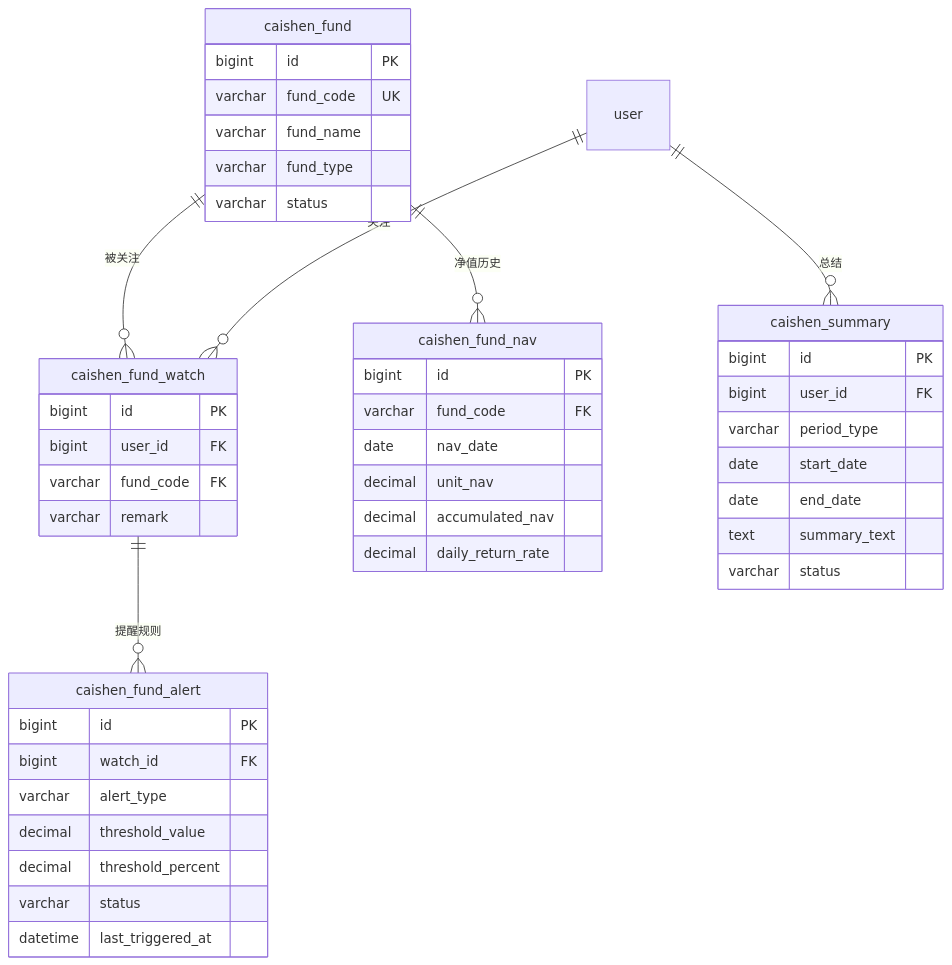
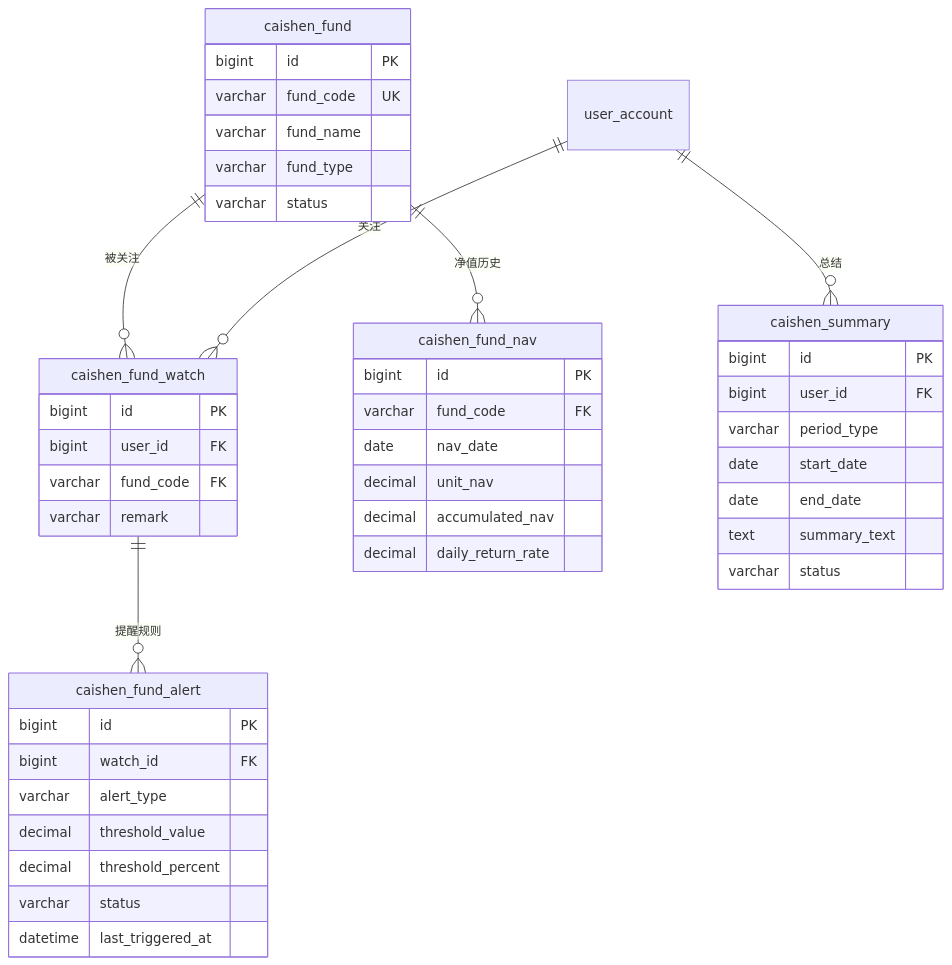
Before and after one commit to slnt23/Constellation: the third of 3 diagrams in .docs/plans/caishen-v1-fund-monitor-plan.md, drawn with Mermaid. The commit also changed other lines of this file and 33 other files, not shown here.

````diff
--- a/.docs/plans/caishen-v1-fund-monitor-plan.md
+++ b/.docs/plans/caishen-v1-fund-monitor-plan.md
@@ -108,48 +108,48 @@
 ```mermaid
 erDiagram
-    user ||--o{ caishen_fund_watch : "关注"
+user_account ||--o{ caishen_fund_watch : "关注"
     caishen_fund ||--o{ caishen_fund_nav : "净值历史"
     caishen_fund ||--o{ caishen_fund_watch : "被关注"
     caishen_fund_watch ||--o{ caishen_fund_alert : "提醒规则"
-    user ||--o{ caishen_summary : "总结"
+user_account ||--o{ caishen_summary : "总结"
 
     caishen_fund {
         bigint id PK
         varchar fund_code UK
         varchar fund_name
         varchar fund_type
         varchar status
     }
     caishen_fund_nav {
         bigint id PK
         varchar fund_code FK
         date nav_date
         decimal unit_nav
         decimal accumulated_nav
         decimal daily_return_rate
     }
     caishen_fund_watch {
         bigint id PK
         bigint user_id FK
         varchar fund_code FK
         varchar remark
     }
     caishen_fund_alert {
         bigint id PK
         bigint watch_id FK
         varchar alert_type
         decimal threshold_value
         decimal threshold_percent
         varchar status
         datetime last_triggered_at
     }
     caishen_summary {
         bigint id PK
         bigint user_id FK
         varchar period_type
         date start_date
         date end_date
         text summary_text
         varchar status
     }
 ```
````
